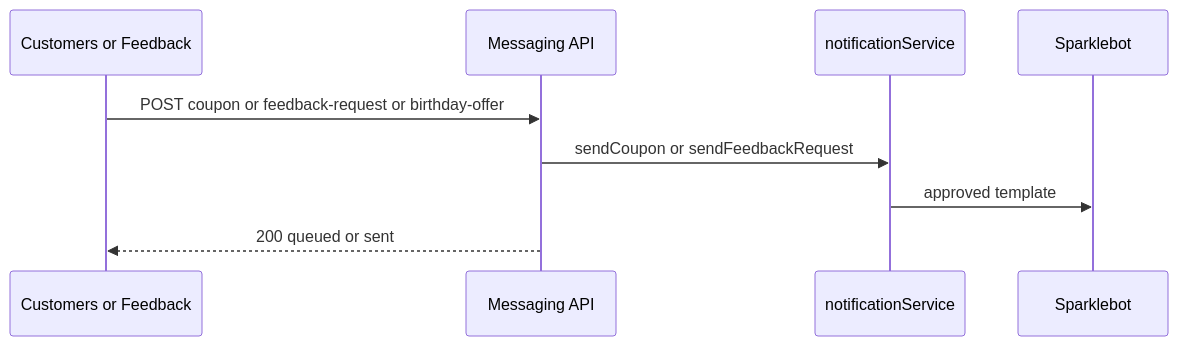
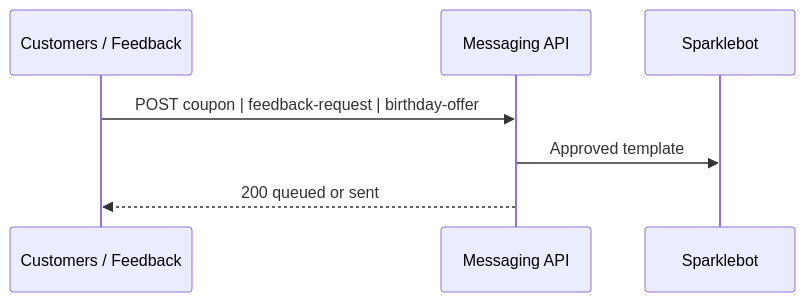
One commit to MetaForge-IT/BillVyapp-Production changed the ninth of 9 diagrams in ARCHITECTURE.md. Above: the diagram before and after it, drawn with Mermaid. The commit also changed other lines of this file and 119 other files, not shown here.

````diff
--- a/ARCHITECTURE.md
+++ b/ARCHITECTURE.md
@@ -492,12 +804,10 @@
 ```mermaid
 sequenceDiagram
-  participant UI as Customers or Feedback
+  participant UI as Customers / Feedback
   participant Msg as Messaging API
-  participant N as notificationService
   participant WA as Sparklebot
 
-  UI->>Msg: POST coupon or feedback-request or birthday-offer
-  Msg->>N: sendCoupon or sendFeedbackRequest
-  N->>WA: approved template
+  UI->>Msg: POST coupon | feedback-request | birthday-offer
+  Msg->>WA: Approved template
   Msg-->>UI: 200 queued or sent
 ```
````
